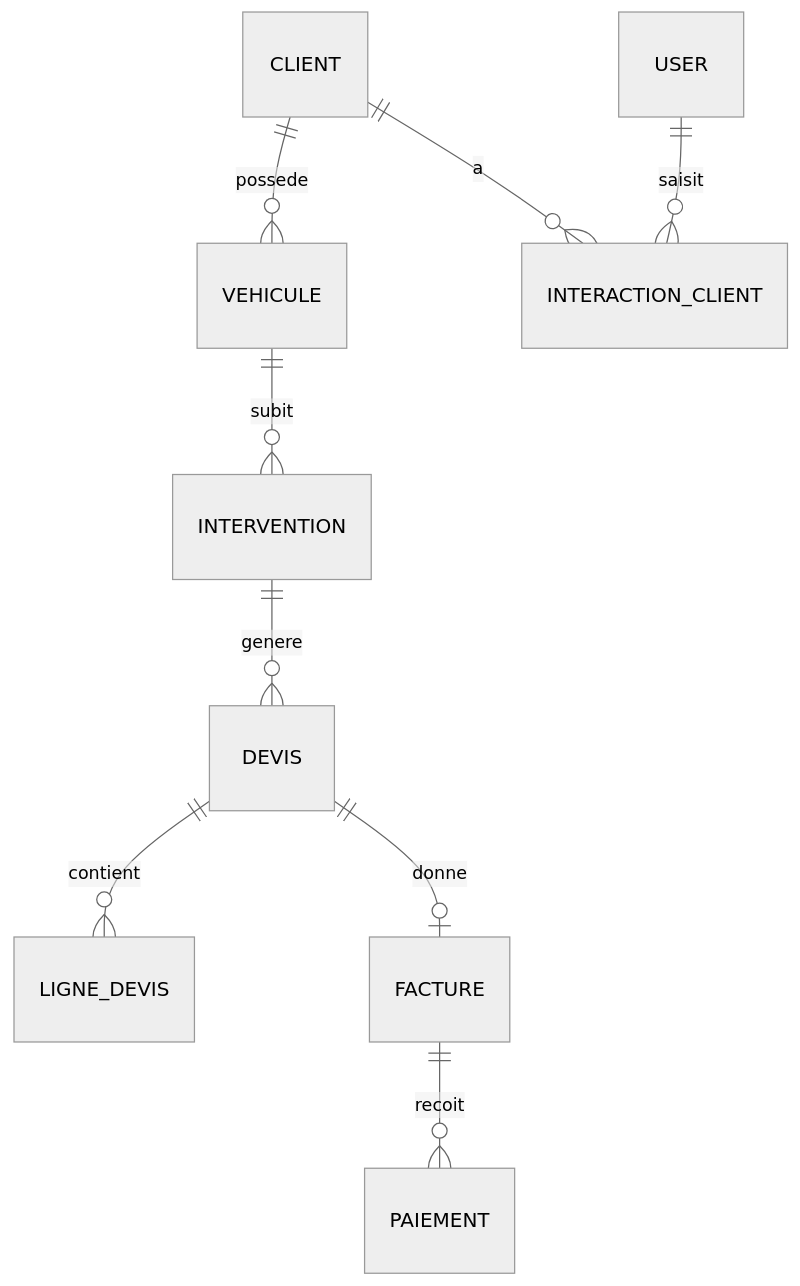
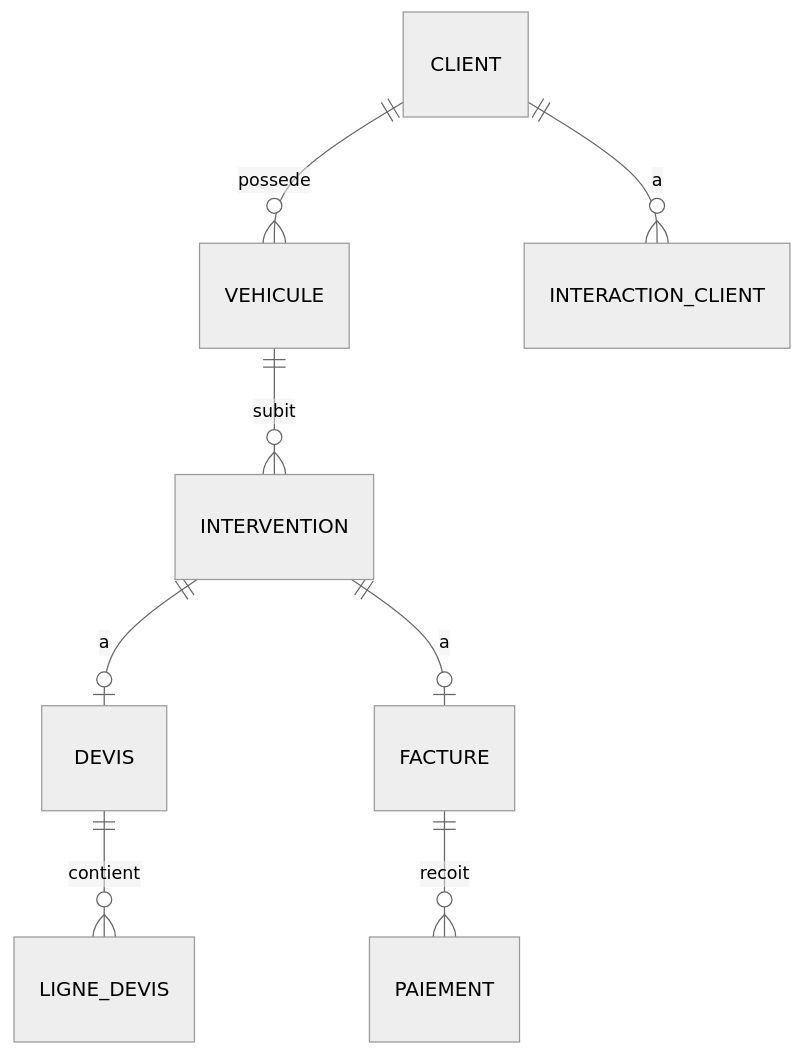
The second of 2 diagrams in README.md (soibiyi/garage-kagnan), drawn with Mermaid (neutral theme) before and after one commit. The commit also changed other lines of this file, not shown here.

Commit message:
docs: README complet avec diagrammes d'architecture

````diff
--- a/README.md
+++ b/README.md
@@ -74,11 +155,10 @@
 ```mermaid
 erDiagram
   CLIENT ||--o{ VEHICULE : possede
   CLIENT ||--o{ INTERACTION_CLIENT : a
   VEHICULE ||--o{ INTERVENTION : subit
-  INTERVENTION ||--o{ DEVIS : genere
+  INTERVENTION ||--o| DEVIS : a
   DEVIS ||--o{ LIGNE_DEVIS : contient
-  DEVIS ||--o| FACTURE : donne
+  INTERVENTION ||--o| FACTURE : a
   FACTURE ||--o{ PAIEMENT : recoit
-  USER ||--o{ INTERACTION_CLIENT : saisit
 ```
````
